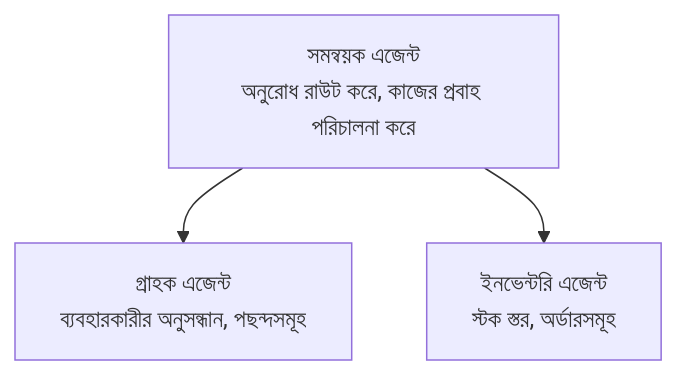
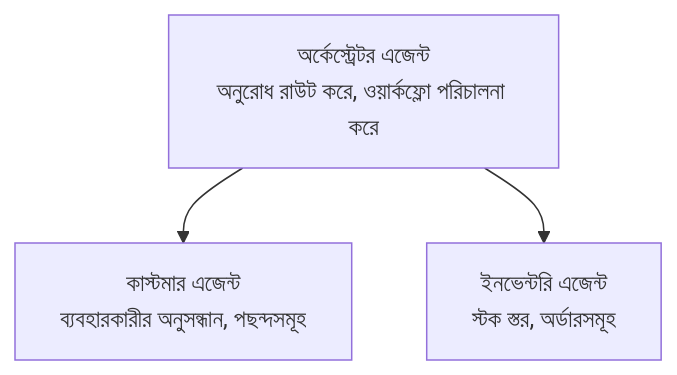
One commit to microsoft/AZD-for-beginners changed the diagram in translations/bn/docs/chapter-05-multi-agent/README.md. Above: the diagram before and after it, drawn with Mermaid. The commit also changed other lines of this file and 62 other files, not shown here.

````diff
--- a/translations/bn/docs/chapter-05-multi-agent/README.md
+++ b/translations/bn/docs/chapter-05-multi-agent/README.md
@@ -54,5 +54,5 @@
 ```mermaid
 graph TD
-    Orchestrator[সমন্বয়ক এজেন্ট<br/>অনুরোধ রাউট করে, কাজের প্রবাহ পরিচালনা করে] --> Customer[গ্রাহক এজেন্ট<br/>ব্যবহারকারীর অনুসন্ধান, পছন্দসমূহ]
+    Orchestrator[অর্কেস্ট্রেটর এজেন্ট<br/>অনুরোধ রাউট করে, ওয়ার্কফ্লো পরিচালনা করে] --> Customer[কাস্টমার এজেন্ট<br/>ব্যবহারকারীর অনুসন্ধান, পছন্দসমূহ]
     Orchestrator --> Inventory[ইনভেন্টরি এজেন্ট<br/>স্টক স্তর, অর্ডারসমূহ]
 ```
````
